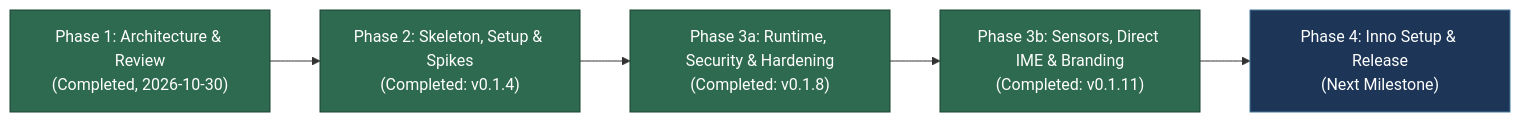
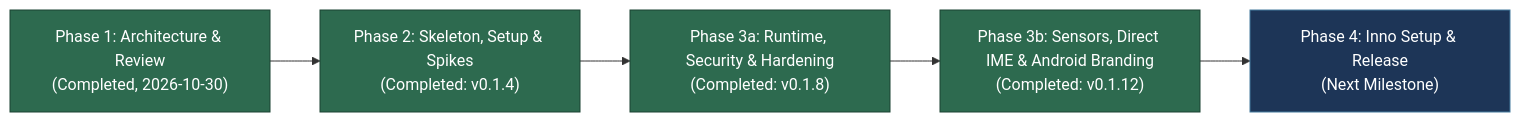
The diagram in README.md (OrcusExtreme/Orcus_APK_Emulator), drawn with Mermaid before and after one commit. The commit also changed other lines of this file and 7 other files, not shown here.

````diff
--- a/README.md
+++ b/README.md
@@ -90,12 +90,12 @@
 ```mermaid
 flowchart LR
     A["Phase 1: Architecture & Review<br/>(Completed, 2026-10-30)"] --> B["Phase 2: Skeleton, Setup & Spikes<br/>(Completed: v0.1.4)"]
     B --> C["Phase 3a: Runtime, Security & Hardening<br/>(Completed: v0.1.8)"]
-    C --> D["Phase 3b: Sensors, Direct IME & Branding<br/>(Completed: v0.1.11)"]
+    C --> D["Phase 3b: Sensors, Direct IME & Android Branding<br/>(Completed: v0.1.12)"]
     D --> E["Phase 4: Inno Setup & Release<br/>(Next Milestone)"]
     style A fill:#2d6a4f,stroke:#1b4332,color:#fff
     style B fill:#2d6a4f,stroke:#1b4332,color:#fff
     style C fill:#2d6a4f,stroke:#1b4332,color:#fff
     style D fill:#2d6a4f,stroke:#1b4332,color:#fff
     style E fill:#1d3557,stroke:#457b9d,color:#fff
 ```
````
